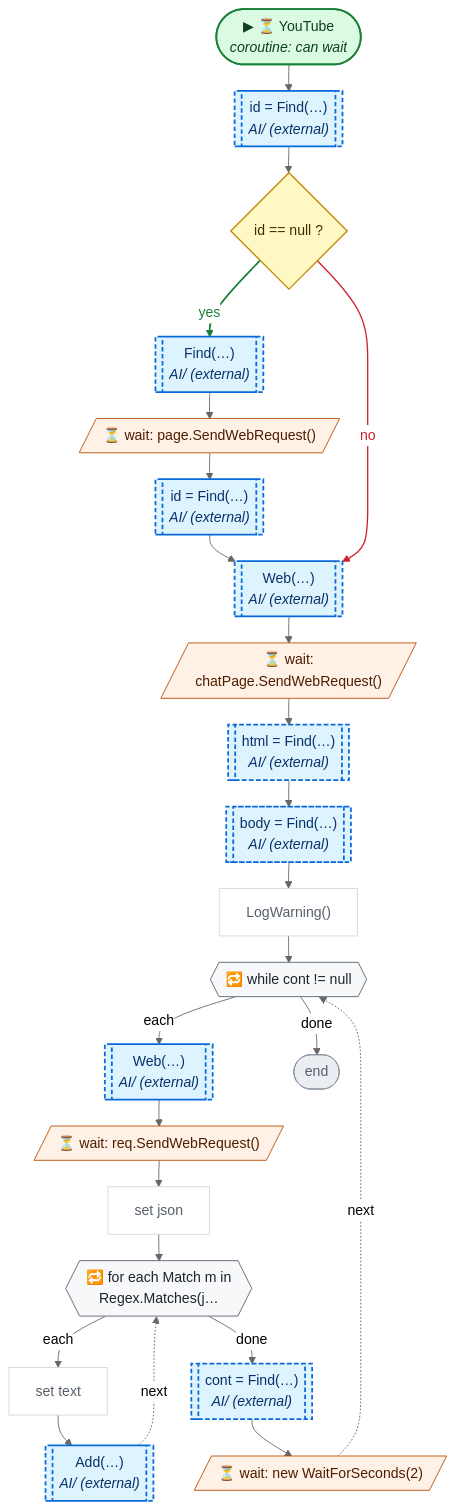
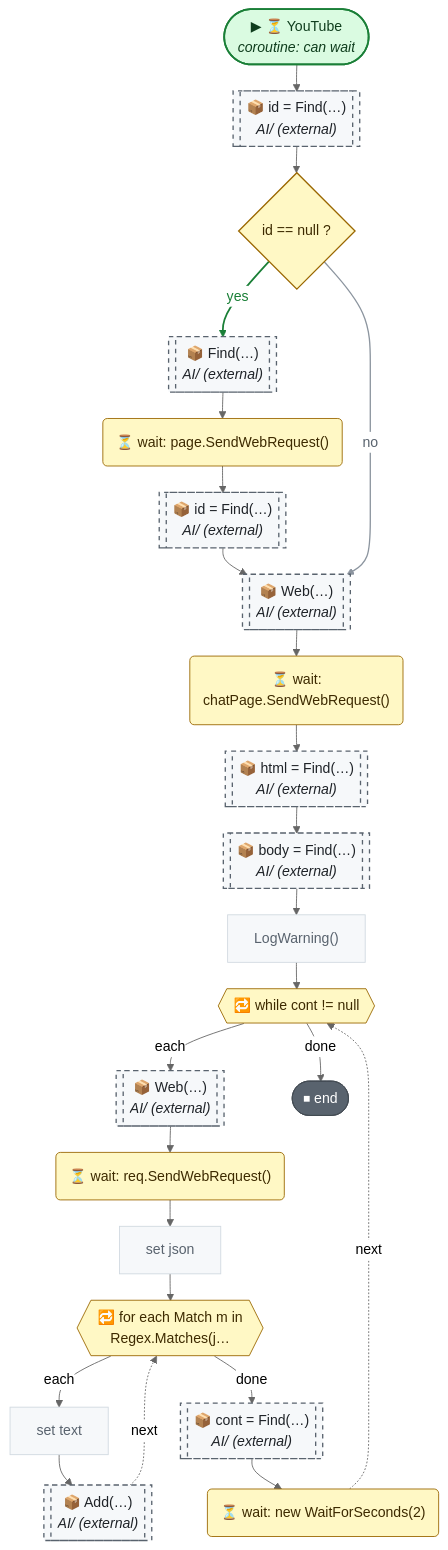
The seventh of 8 diagrams in CodeGraph~/graph/AI/UnifiedChat.cs.md (nataiai/Lord-of-the-Dungeon), drawn with Mermaid (neutral theme) before and after one commit. The commit also changed other lines of this file and 57 other files, not shown here.

````diff
--- a/CodeGraph~/graph/AI/UnifiedChat.cs.md
+++ b/CodeGraph~/graph/AI/UnifiedChat.cs.md
@@ -342,77 +344,77 @@
 ```mermaid
 ---
 config:
   flowchart:
     wrappingWidth: 260
     nodeSpacing: 26
     rankSpacing: 30
 ---
 flowchart TD
   nS(["▶ ⏳ YouTube<br><i>coroutine: can wait</i>"])
-  na73703[["id = Find(…)<br><i>AI/ (external)</i>"]]
+  na73703[["📦 id = Find(…)<br><i>AI/ (external)</i>"]]
   n26bdd4{"id == null ?"}
-  ndf6dbe[["Find(…)<br><i>AI/ (external)</i>"]]
-  naefe8b[/"⏳ wait: page.SendWebRequest()"/]
-  nfc1bd8[["id = Find(…)<br><i>AI/ (external)</i>"]]
-  n5d9c3a[["Web(…)<br><i>AI/ (external)</i>"]]
-  nff22a3[/"⏳ wait:<br>chatPage.SendWebRequest()"/]
-  na4fc79[["html = Find(…)<br><i>AI/ (external)</i>"]]
-  nfdc950[["body = Find(…)<br><i>AI/ (external)</i>"]]
+  ndf6dbe[["📦 Find(…)<br><i>AI/ (external)</i>"]]
+  naefe8b("⏳ wait: page.SendWebRequest()")
+  nfc1bd8[["📦 id = Find(…)<br><i>AI/ (external)</i>"]]
+  n5d9c3a[["📦 Web(…)<br><i>AI/ (external)</i>"]]
+  nff22a3("⏳ wait:<br>chatPage.SendWebRequest()")
+  na4fc79[["📦 html = Find(…)<br><i>AI/ (external)</i>"]]
+  nfdc950[["📦 body = Find(…)<br><i>AI/ (external)</i>"]]
   n5ec3ab["LogWarning()"]
   nc5cd2f{{"🔁 while cont != null"}}
-  n2d7674[["Web(…)<br><i>AI/ (external)</i>"]]
-  n8e7f38[/"⏳ wait: req.SendWebRequest()"/]
+  n2d7674[["📦 Web(…)<br><i>AI/ (external)</i>"]]
+  n8e7f38("⏳ wait: req.SendWebRequest()")
   n8084ce["set json"]
   n118ff9{{"🔁 for each Match m in<br>Regex.Matches(j…"}}
   n16e192["set text"]
-  n4f895d[["Add(…)<br><i>AI/ (external)</i>"]]
-  n603f8d[["cont = Find(…)<br><i>AI/ (external)</i>"]]
-  n577bf2[/"⏳ wait: new WaitForSeconds(2)"/]
-  nE(["end"])
+  n4f895d[["📦 Add(…)<br><i>AI/ (external)</i>"]]
+  n603f8d[["📦 cont = Find(…)<br><i>AI/ (external)</i>"]]
+  n577bf2("⏳ wait: new WaitForSeconds(2)")
+  nE(["⏹ end"])
   nS --> na73703
   na73703 --> n26bdd4
   n26bdd4 -->|yes| ndf6dbe
   ndf6dbe --> naefe8b
   naefe8b --> nfc1bd8
   nfc1bd8 --> n5d9c3a
   n26bdd4 -->|no| n5d9c3a
   n5d9c3a --> nff22a3
   nff22a3 --> na4fc79
   na4fc79 --> nfdc950
   nfdc950 --> n5ec3ab
   n5ec3ab --> nc5cd2f
   nc5cd2f -->|each| n2d7674
   n2d7674 --> n8e7f38
   n8e7f38 --> n8084ce
   n8084ce --> n118ff9
   n118ff9 -->|each| n16e192
   n16e192 --> n4f895d
   n4f895d -.->|next| n118ff9
   n118ff9 -->|done| n603f8d
   n603f8d --> n577bf2
   n577bf2 -.->|next| nc5cd2f
   nc5cd2f -->|done| nE
   linkStyle 2 stroke:#1a7f37,stroke-width:2px,color:#1a7f37
-  linkStyle 6 stroke:#cf222e,stroke-width:1.5px,color:#cf222e
+  linkStyle 6 stroke:#8c959f,stroke-width:1.5px,color:#59636e
   classDef unity fill:#dafbe1,stroke:#1a7f37,stroke-width:2px,color:#0f3d1d
   classDef start fill:#dafbe1,stroke:#1a7f37,stroke-width:2px,color:#0f3d1d
-  classDef calc fill:#ffffff,stroke:#d0d7de,color:#57606a
+  classDef calc fill:#f6f8fa,stroke:#d1d9e0,color:#59636e
   classDef calls fill:#ddf4ff,stroke:#0969da,stroke-width:2px,color:#0a3069
-  classDef ext fill:#ddf4ff,stroke:#0969da,stroke-width:2px,stroke-dasharray:5 3,color:#0a3069
-  classDef cond fill:#fff8c5,stroke:#bf8700,stroke-width:1.5px,color:#3d2a00
-  classDef loop fill:#f6f8fa,stroke:#57606a,color:#1f2328
-  classDef exit fill:#ffebe9,stroke:#cf222e,color:#82071e
+  classDef ext fill:#f6f8fa,stroke:#59636e,stroke-width:1.5px,stroke-dasharray:5 5,color:#1f2328
+  classDef cond fill:#fff8c5,stroke:#9a6700,stroke-width:1.5px,color:#3d2a00
+  classDef loop fill:#fff8c5,stroke:#9a6700,color:#3d2a00
+  classDef wait fill:#fff8c5,stroke:#9a6700,color:#3d2a00
+  classDef exit fill:#59636e,stroke:#424a53,color:#ffffff
+  classDef fin fill:#59636e,stroke:#424a53,color:#ffffff
+  classDef act fill:#ffffff,stroke:#59636e,stroke-width:1.5px,color:#1f2328
   classDef kill fill:#ffebe9,stroke:#cf222e,stroke-width:2px,color:#82071e
-  classDef spawn fill:#dafbe1,stroke:#1a7f37,stroke-width:2px,color:#0f3d1d
-  classDef wait fill:#fff1e5,stroke:#bc4c00,color:#4d1d00
-  classDef fin fill:#eaeef2,stroke:#8c959f,color:#57606a
   classDef join fill:#d0d7de,stroke:#8c959f,color:#57606a
   classDef ghdr fill:#f5f9ff,stroke:#f5f9ff,color:#0a3069,font-weight:bold
   class n5ec3ab,n8084ce,n16e192 calc
   class n26bdd4 cond
   class na73703,ndf6dbe,nfc1bd8,n5d9c3a,na4fc79,nfdc950,n2d7674,n4f895d,n603f8d ext
   class nE fin
   class nc5cd2f,n118ff9 loop
   class nS start
   class naefe8b,nff22a3,n8e7f38,n577bf2 wait
 ```
````
